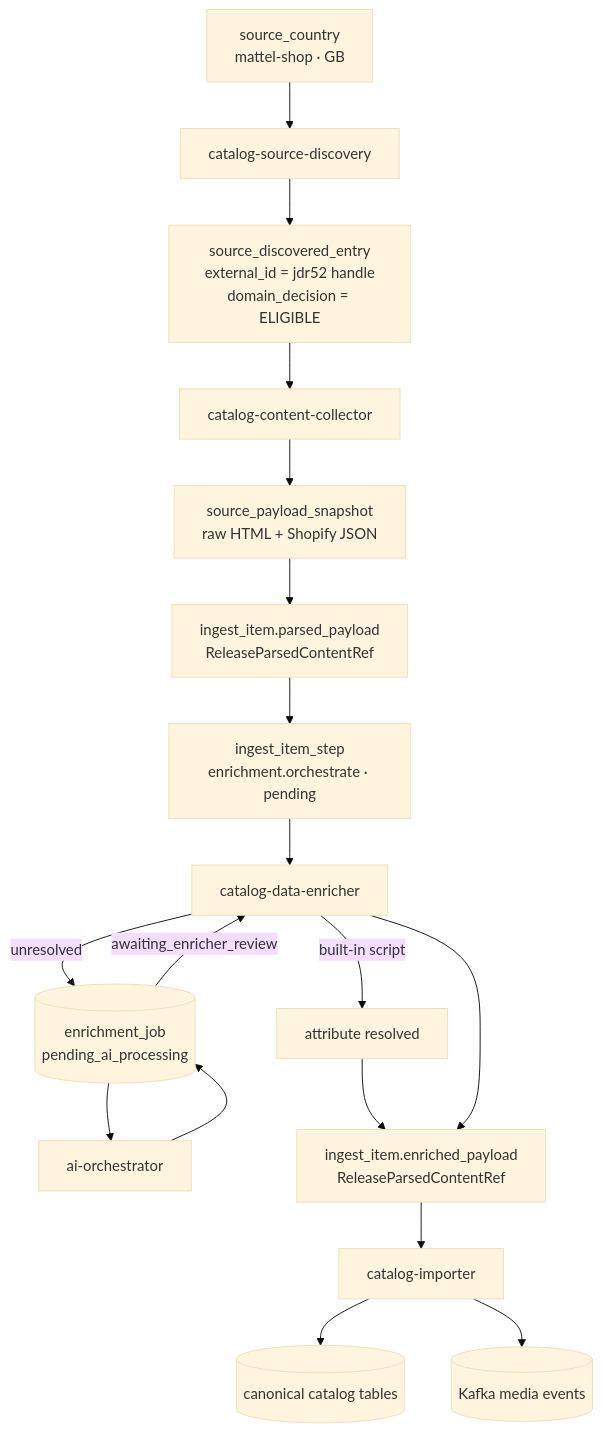
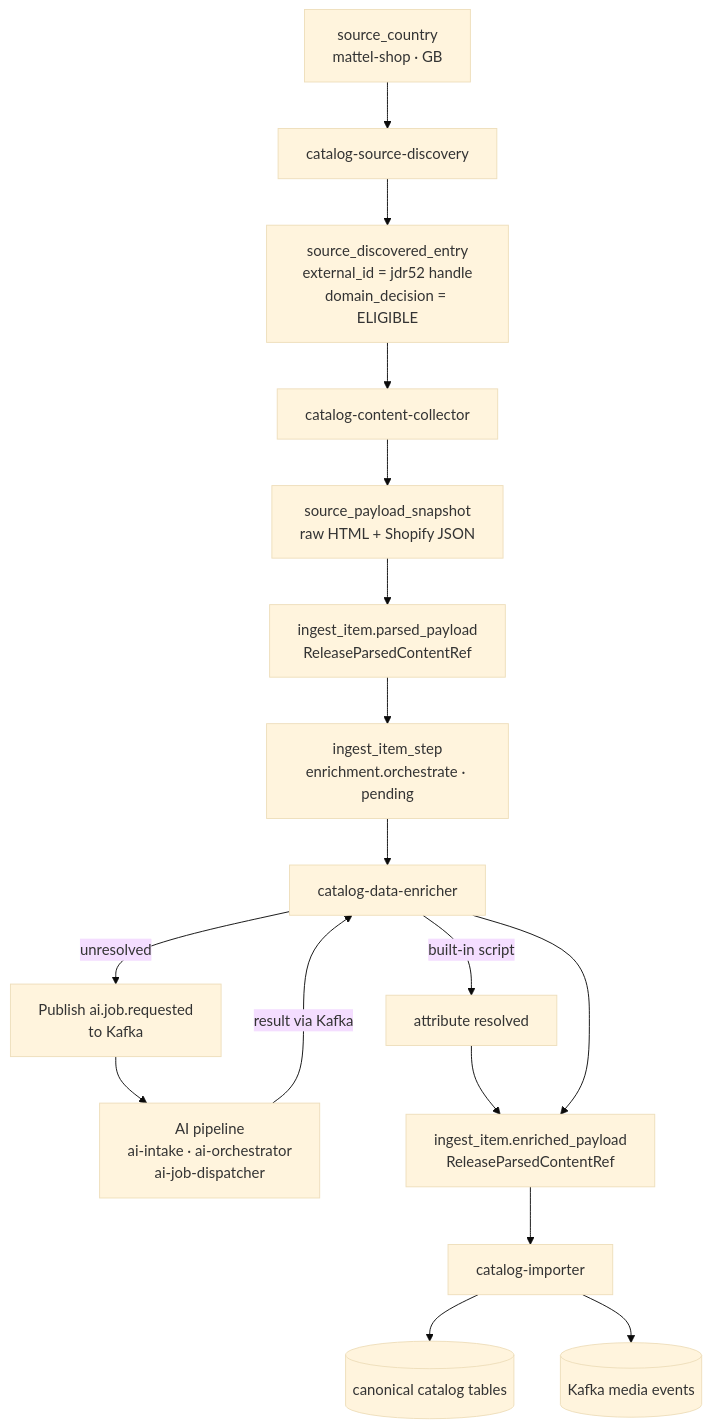
One commit to MafiaCoconut/Monstrino changed the first of 4 diagrams in monstrino-docs/docs/raw-to-catalog/02-raw-to-catalog.md. Above: the diagram before and after it, drawn with Mermaid (base theme). The commit also changed other lines of this file and 68 other files, not shown here.

````diff
--- a/monstrino-docs/docs/raw-to-catalog/02-raw-to-catalog.md
+++ b/monstrino-docs/docs/raw-to-catalog/02-raw-to-catalog.md
@@ -25,24 +25,23 @@
 ```mermaid
 flowchart TD
 
 A[source_country<br/>mattel-shop · GB] --> B[catalog-source-discovery]
 B --> C[source_discovered_entry<br/>external_id = jdr52 handle<br/>domain_decision = ELIGIBLE]
 
 C --> D[catalog-content-collector]
 D --> E[source_payload_snapshot<br/>raw HTML + Shopify JSON]
 E --> F[ingest_item.parsed_payload<br/>ReleaseParsedContentRef]
 F --> F1[ingest_item_step<br/>enrichment.orchestrate · pending]
 
 F1 --> G[catalog-data-enricher]
 G -->|built-in script| G1[attribute resolved]
-G -->|unresolved| G2[(enrichment_job<br/>pending_ai_processing)]
-G2 --> H[ai-orchestrator]
-H --> G2
-G2 -->|awaiting_enricher_review| G
+G -->|unresolved| G2[Publish ai.job.requested<br/>to Kafka]
+G2 --> H[AI pipeline<br/>ai-intake · ai-orchestrator<br/>ai-job-dispatcher]
+H -->|result via Kafka| G
 G1 --> I[ingest_item.enriched_payload<br/>ReleaseParsedContentRef]
 G --> I
 
 I --> J[catalog-importer]
 J --> K[(canonical catalog tables)]
 J --> L[(Kafka media events)]
 ```
````
